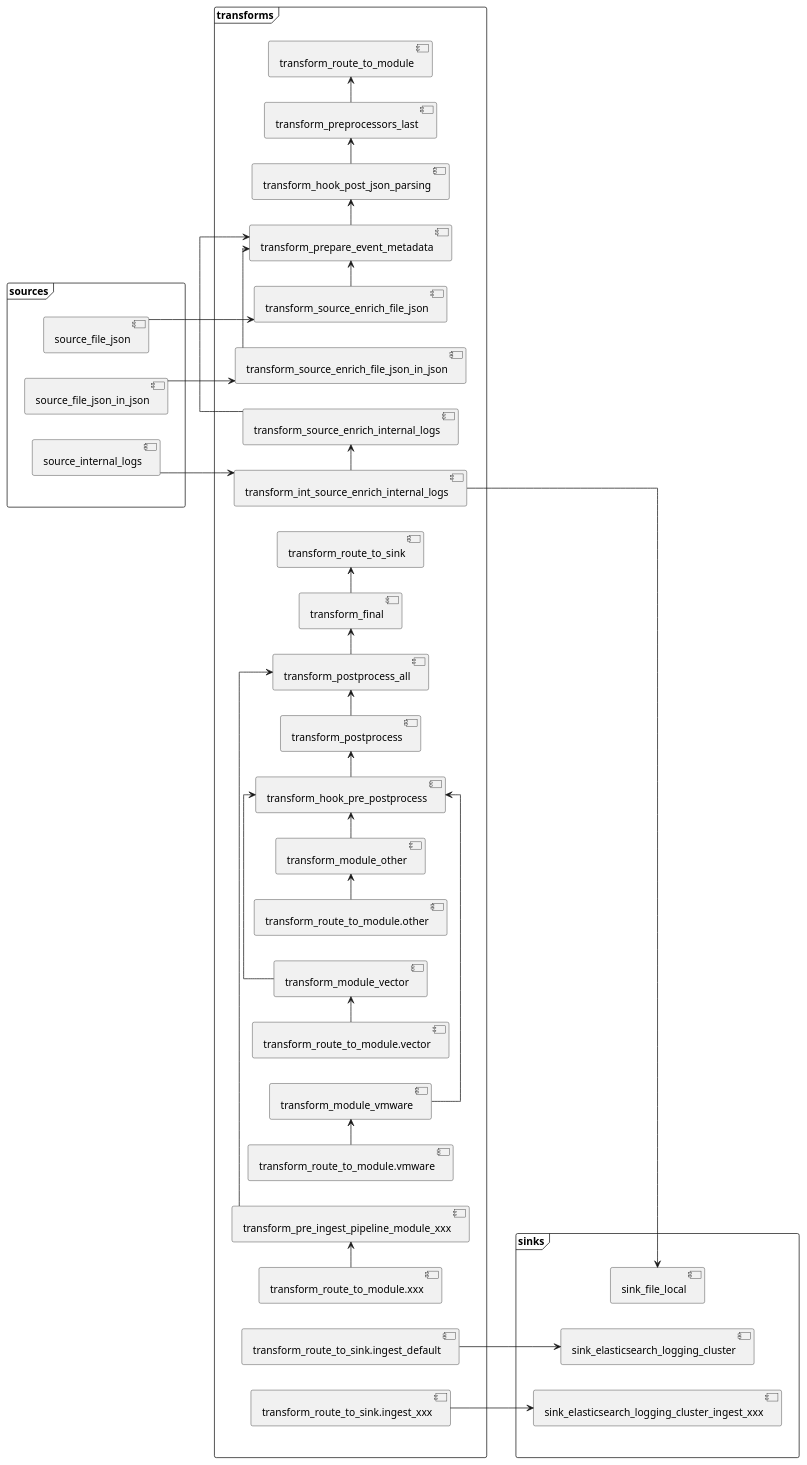
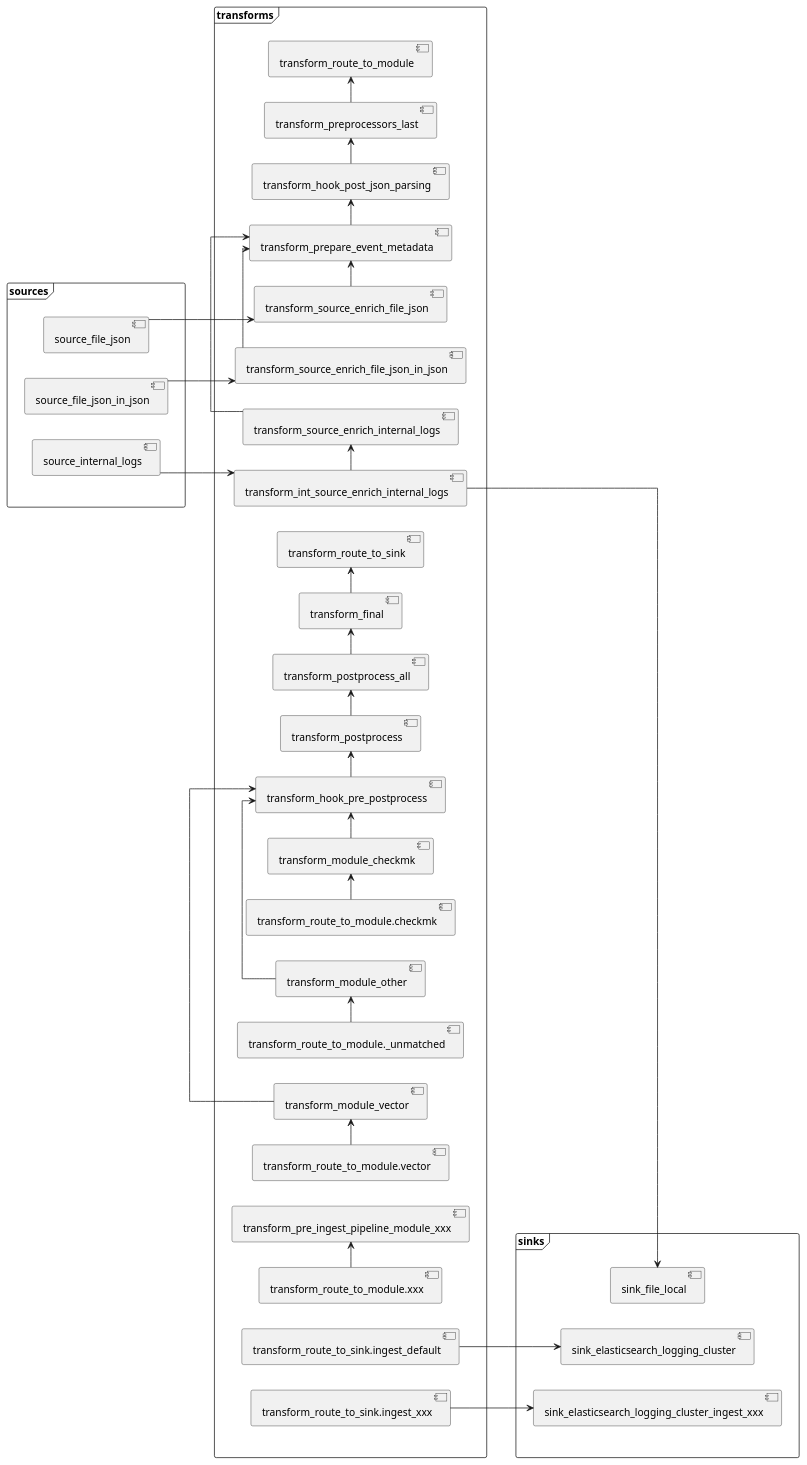
Before and after one commit to ypid/event-processing-framework: the diagram in user_template/docs/aggregator.puml, drawn with PlantUML. The commit also changed 1 other file, not shown here.

```diff
--- a/user_template/docs/aggregator.puml
+++ b/user_template/docs/aggregator.puml
@@ -1,73 +1,72 @@
 @startuml
 ' The following is generated by gen_component_diagram, all changes will be lost.
 left to right direction
 skinparam linetype ortho
 
 frame sources {
     component source_file_json
     component source_file_json_in_json
     component source_internal_logs
 }
 
 frame transforms {
     component transform_final
     component transform_hook_post_json_parsing
     component transform_hook_pre_postprocess
     component transform_int_source_enrich_internal_logs
+    component transform_module_checkmk
     component transform_module_other
     component transform_module_vector
-    component transform_module_vmware
     component transform_postprocess
     component transform_postprocess_all
     component transform_pre_ingest_pipeline_module_xxx
     component transform_prepare_event_metadata
     component transform_preprocessors_last
     component transform_route_to_module
-    component transform_route_to_module.other
+    component transform_route_to_module._unmatched
+    component transform_route_to_module.checkmk
     component transform_route_to_module.vector
-    component transform_route_to_module.vmware
     component transform_route_to_module.xxx
     component transform_route_to_sink
     component transform_route_to_sink.ingest_default
     component transform_route_to_sink.ingest_xxx
     component transform_source_enrich_file_json
     component transform_source_enrich_file_json_in_json
     component transform_source_enrich_internal_logs
 }
 
 frame sinks {
     component sink_elasticsearch_logging_cluster
     component sink_elasticsearch_logging_cluster_ingest_xxx
     component sink_file_local
 }
 
 sources -[hidden]-> transforms
 transforms -[hidden]-> sinks
 
 source_file_json -> transform_source_enrich_file_json
 source_file_json_in_json -> transform_source_enrich_file_json_in_json
 transform_int_source_enrich_internal_logs -> transform_source_enrich_internal_logs
 transform_final -> transform_route_to_sink
 source_internal_logs -> transform_int_source_enrich_internal_logs
 transform_source_enrich_file_json -> transform_prepare_event_metadata
 transform_source_enrich_file_json_in_json -> transform_prepare_event_metadata
 transform_source_enrich_internal_logs -> transform_prepare_event_metadata
 transform_hook_post_json_parsing -> transform_preprocessors_last
 transform_hook_pre_postprocess -> transform_postprocess
 transform_postprocess -> transform_postprocess_all
-transform_pre_ingest_pipeline_module_xxx -> transform_postprocess_all
-transform_route_to_module.other -> transform_module_other
+transform_route_to_module.checkmk -> transform_module_checkmk
+transform_route_to_module._unmatched -> transform_module_other
 transform_route_to_module.vector -> transform_module_vector
-transform_route_to_module.vmware -> transform_module_vmware
 transform_route_to_module.xxx -> transform_pre_ingest_pipeline_module_xxx
 transform_prepare_event_metadata -> transform_hook_post_json_parsing
 transform_preprocessors_last -> transform_route_to_module
+transform_module_checkmk -> transform_hook_pre_postprocess
 transform_module_other -> transform_hook_pre_postprocess
 transform_module_vector -> transform_hook_pre_postprocess
-transform_module_vmware -> transform_hook_pre_postprocess
 transform_postprocess_all -> transform_final
 transform_route_to_sink.ingest_default -> sink_elasticsearch_logging_cluster
 transform_route_to_sink.ingest_xxx -> sink_elasticsearch_logging_cluster_ingest_xxx
 transform_int_source_enrich_internal_logs -> sink_file_local
 
 @enduml
```
